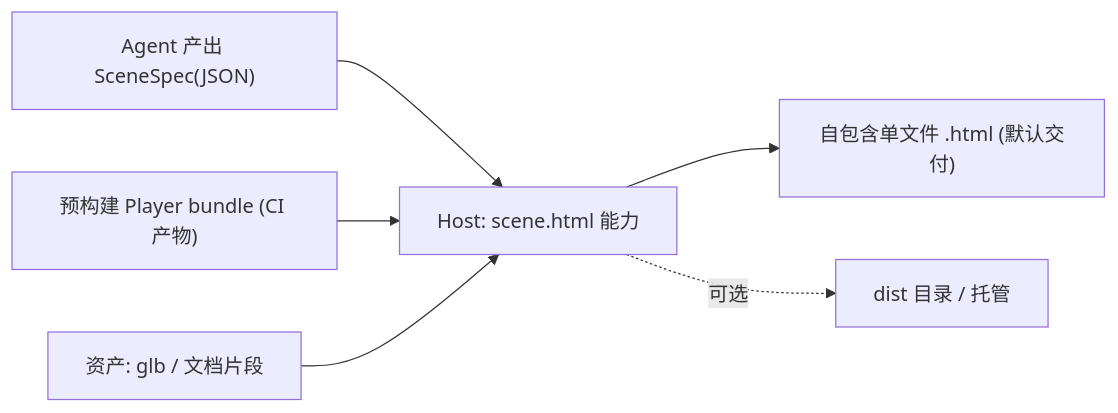
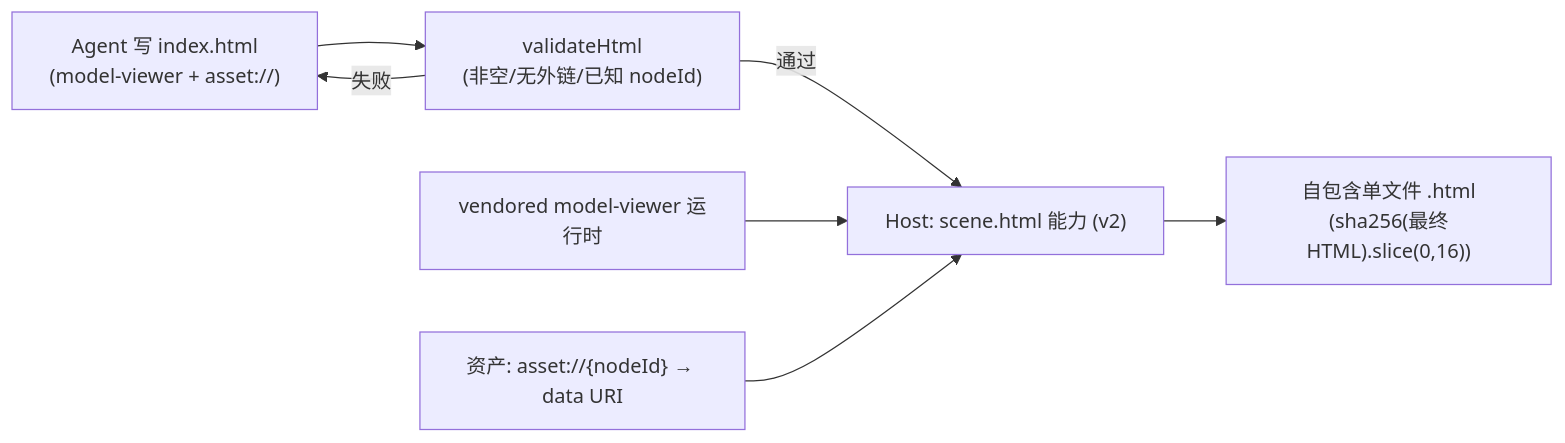
Before and after one commit to creativedswork/DSWeave: the first of 4 diagrams in docs/02-technical-design.md, drawn with Mermaid. The commit also changed other lines of this file and 6 other files, not shown here.

Commit message:
docs: 同步「Agent 直接写 HTML」架构，重写设计文档与 README

````diff
--- a/docs/02-technical-design.md
+++ b/docs/02-technical-design.md
@@ -344,8 +355,9 @@
 ```mermaid
 flowchart LR
-  A["Agent 产出 SceneSpec(JSON)"] --> CAP["Host: scene.html 能力"]
-  PB["预构建 Player bundle (CI 产物)"] --> CAP
-  AS["资产: glb / 文档片段"] --> CAP
-  CAP --> OUT["自包含单文件 .html (默认交付)"]
-  CAP -.可选.-> DIST["dist 目录 / 托管"]
+  A["Agent 写 index.html<br/>(model-viewer + asset://)"] --> V["validateHtml<br/>(非空/无外链/已知 nodeId)"]
+  V -->|失败| A
+  V -->|通过| CAP["Host: scene.html 能力 (v2)"]
+  RT["vendored model-viewer 运行时"] --> CAP
+  AS["资产: asset://{nodeId} → data URI"] --> CAP
+  CAP --> OUT["自包含单文件 .html<br/>(sha256(最终HTML).slice(0,16))"]
 ```
````
